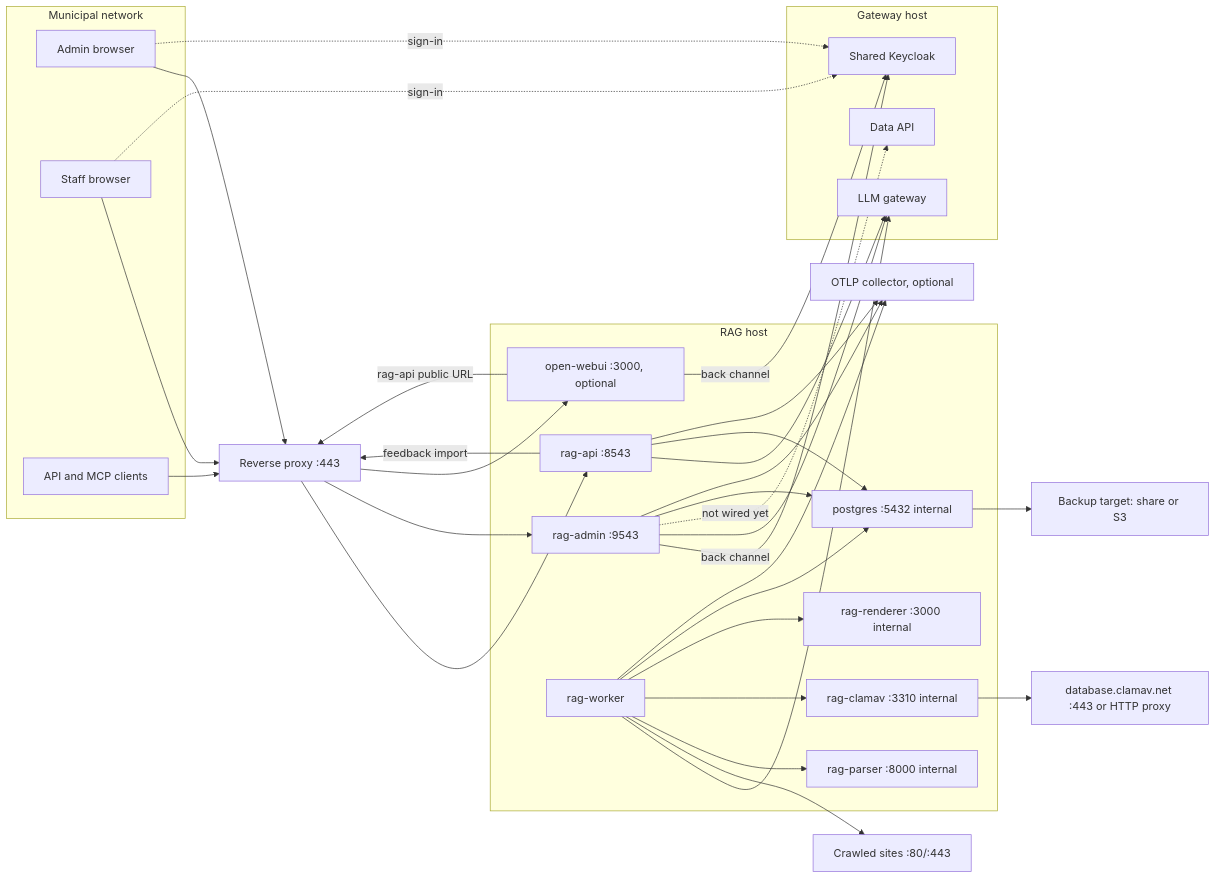
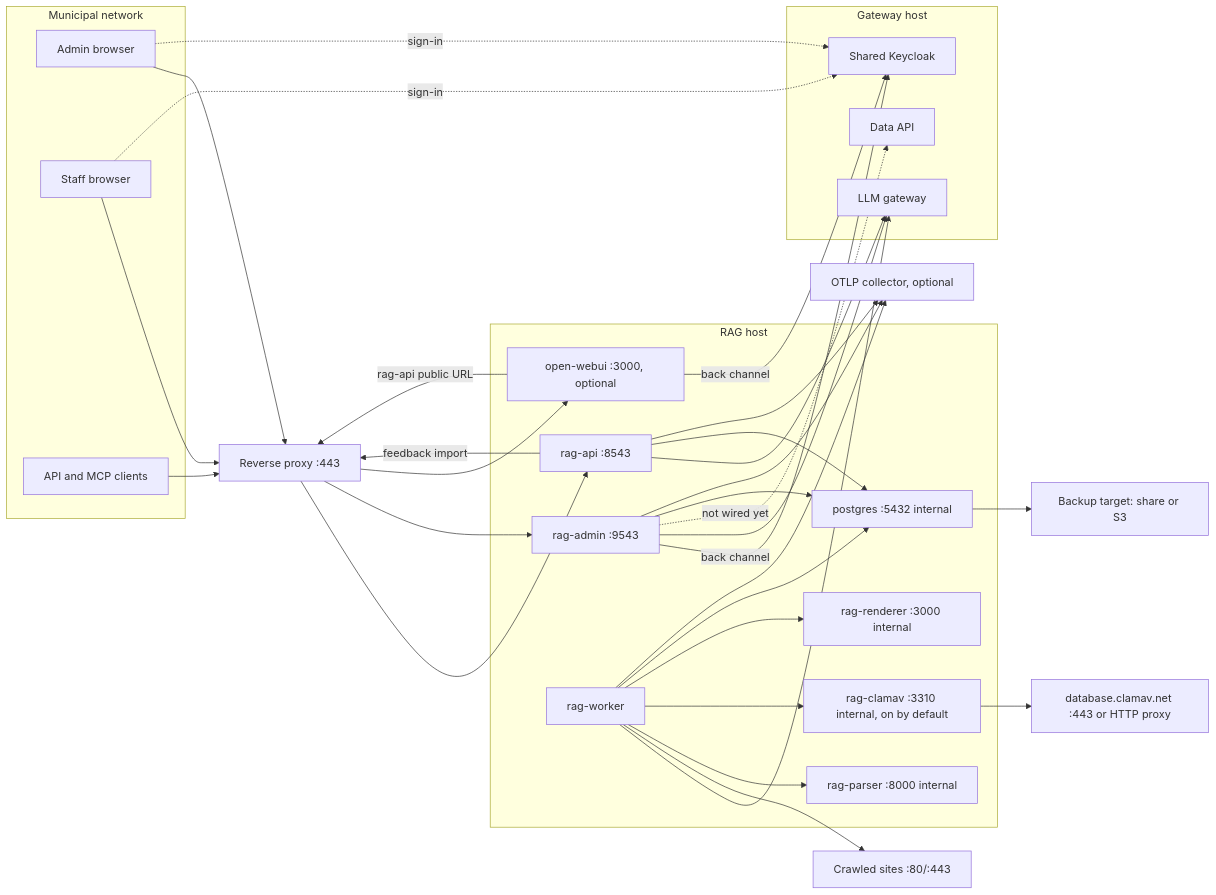
Before and after one commit to thekim1/kalla: the diagram in docs/network-and-ports.md, drawn with Mermaid. The commit also changed other lines of this file and 20 other files, not shown here.

````diff
--- a/docs/network-and-ports.md
+++ b/docs/network-and-ports.md
@@ -34,57 +34,57 @@
 ```mermaid
 flowchart LR
   subgraph clients[Municipal network]
     admin[Admin browser]
     user[Staff browser]
     integ[API and MCP clients]
   end
   proxy[Reverse proxy :443]
   subgraph rag[RAG host]
     api[rag-api :8543]
     adm[rag-admin :9543]
     owui[open-webui :3000, optional]
     worker[rag-worker]
     parser[rag-parser :8000 internal]
-    clam[rag-clamav :3310 internal]
+    clam[rag-clamav :3310 internal, on by default]
     render[rag-renderer :3000 internal]
     pg[postgres :5432 internal]
   end
   subgraph gwhost[Gateway host]
     gw[LLM gateway]
     dapi[Data API]
     kc[Shared Keycloak]
   end
   sites[Crawled sites :80/:443]
   cvd[database.clamav.net :443 or HTTP proxy]
   bak[Backup target: share or S3]
   otel[OTLP collector, optional]
 
   admin --> proxy
   user --> proxy
   integ --> proxy
   admin -. sign-in .-> kc
   user -. sign-in .-> kc
   proxy --> api
   proxy --> adm
   proxy --> owui
   owui -- rag-api public URL --> proxy
   api -- feedback import --> proxy
   owui -- back channel --> kc
   adm -- back channel --> kc
   api --> gw
   adm --> gw
   worker --> gw
   adm -. not wired yet .-> dapi
   worker --> sites
   worker --> parser
   worker --> clam
   worker --> render
   api --> pg
   adm --> pg
   worker --> pg
   clam --> cvd
   pg --> bak
   api --> otel
   adm --> otel
   worker --> otel
 ```
````
